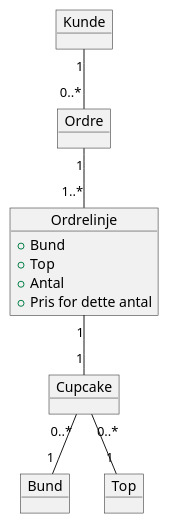
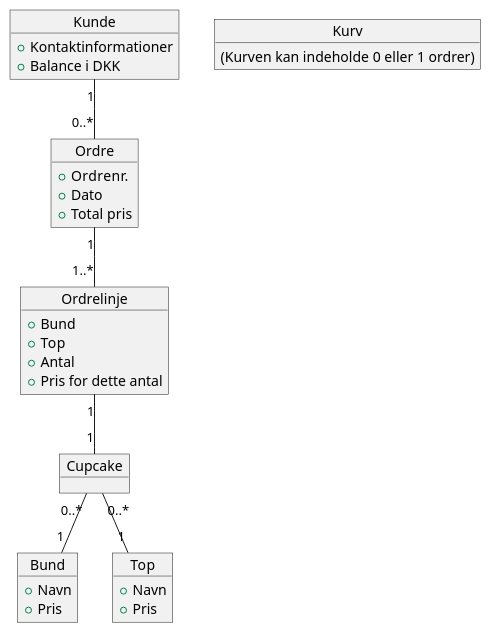
One commit to mrPrimeBeef/cupcake changed the diagram in src/design/structur/Domain model.puml. Above: the diagram before and after it, drawn with PlantUML.

Commit message:
Opdateret domain model

```diff
--- a/src/design/structur/Domain model.puml
+++ b/src/design/structur/Domain model.puml
@@ -1,20 +1,36 @@
 @startuml
-object Kunde
-object Ordre
+object Kunde {
++Kontaktinformationer
++Balance i DKK
+}
+object Kurv {
+(Kurven kan indeholde 0 eller 1 ordrer)
+}
+object Ordre {
++Ordrenr.
++Dato
++Total pris
+}
 object Ordrelinje {
-    +Bund
-    +Top
-    +Antal
-    +Pris for dette antal
++Bund
++Top
++Antal
++Pris for dette antal
 }
 object Cupcake
-object Bund
-object Top
+object Bund {
++Navn
++Pris
+}
+object Top {
++Navn
++Pris
+}
 
 Kunde "1" -- "0..*" Ordre
 Ordre "1" -- "1..*" Ordrelinje
 Ordrelinje "1" -- "1" Cupcake
 Cupcake "0..*" -- "1" Bund
 Cupcake "0..*" -- "1" Top
 
 @enduml
```
